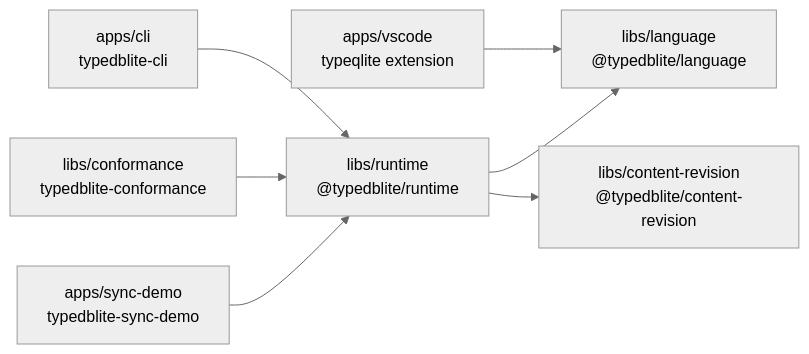
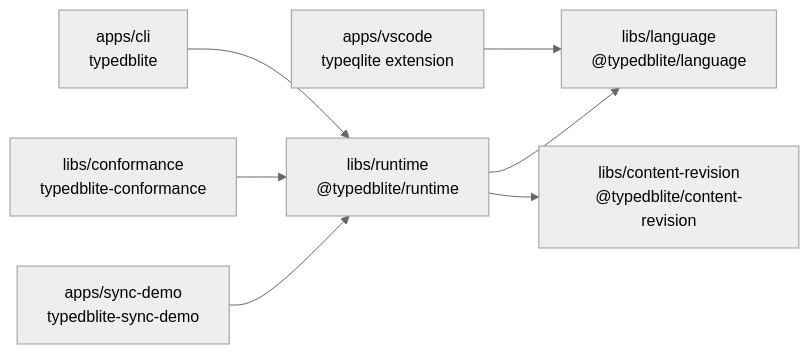
Before and after one commit to typedblite/typedblite: the first of 2 diagrams in docs/development/architecture.md, drawn with Mermaid (neutral theme). The commit also changed other lines of this file and 14 other files, not shown here.

````diff
--- a/docs/development/architecture.md
+++ b/docs/development/architecture.md
@@ -19,9 +19,9 @@
 ```mermaid
 flowchart LR
-  cli["apps/cli<br/>typedblite-cli"] --> runtime
+  cli["apps/cli<br/>typedblite"] --> runtime
   conformance["libs/conformance<br/>typedblite-conformance"] --> runtime
   vscode["apps/vscode<br/>typeqlite extension"] --> language
   demo["apps/sync-demo<br/>typedblite-sync-demo"] --> runtime
   runtime["libs/runtime<br/>@typedblite/runtime"] --> language["libs/language<br/>@typedblite/language"]
   runtime --> revision["libs/content-revision<br/>@typedblite/content-revision"]
 ```
````
